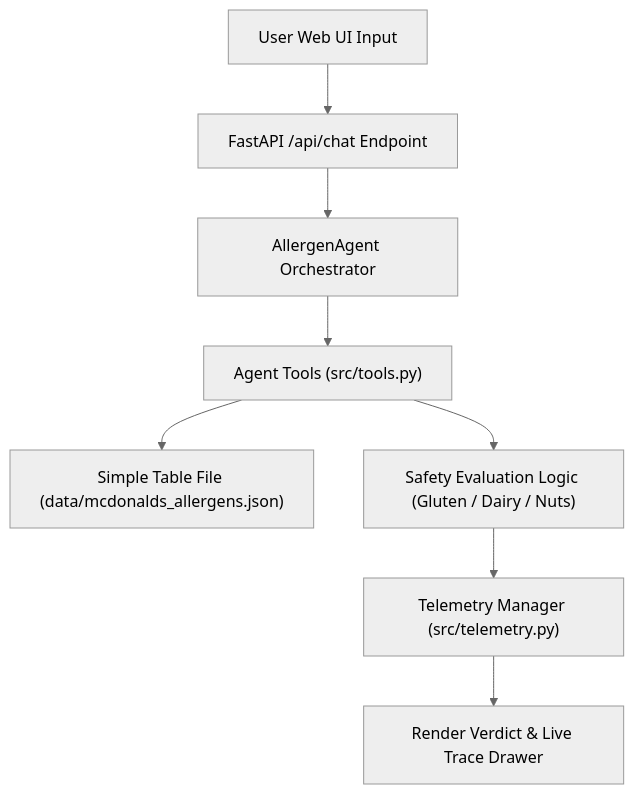
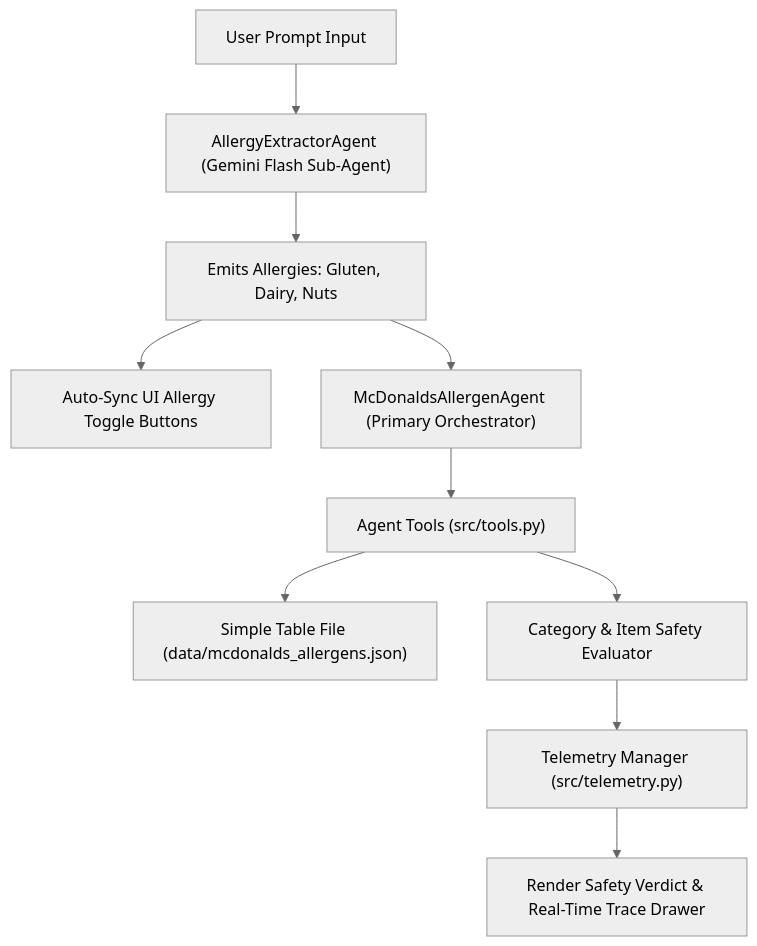
One commit to madcat101010/simple-allgergen-ai-lab changed the diagram in README.md. Above: the diagram before and after it, drawn with Mermaid (neutral theme). The commit also changed other lines of this file and 2 other files, not shown here.

Commit message:
docs: update README.md, AGENT_GUIDE.md, and workspace SKILL.md with ADK multi-agent architecture and auto-sync features

````diff
--- a/README.md
+++ b/README.md
@@ -21,10 +22,12 @@
 ```mermaid
 flowchart TD
-    User["User Web UI Input"] --> API["FastAPI /api/chat Endpoint"]
-    API --> Agent["AllergenAgent Orchestrator"]
-    Agent --> Tools["Agent Tools (src/tools.py)"]
+    User["User Prompt Input"] --> SubAgent["AllergyExtractorAgent (Gemini Flash Sub-Agent)"]
+    SubAgent --> EmittedAllergies["Emits Allergies: Gluten, Dairy, Nuts"]
+    EmittedAllergies --> SyncUI["Auto-Sync UI Allergy Toggle Buttons"]
+    EmittedAllergies --> MainAgent["McDonaldsAllergenAgent (Primary Orchestrator)"]
+    MainAgent --> Tools["Agent Tools (src/tools.py)"]
     Tools --> Table["Simple Table File (data/mcdonalds_allergens.json)"]
-    Tools --> Safety["Safety Evaluation Logic (Gluten / Dairy / Nuts)"]
-    Safety --> Telemetry["Telemetry Manager (src/telemetry.py)"]
-    Telemetry --> UI["Render Verdict & Live Trace Drawer"]
+    Tools --> CategoryEval["Category & Item Safety Evaluator"]
+    CategoryEval --> Telemetry["Telemetry Manager (src/telemetry.py)"]
+    Telemetry --> UI["Render Safety Verdict & Real-Time Trace Drawer"]
 ```
````
